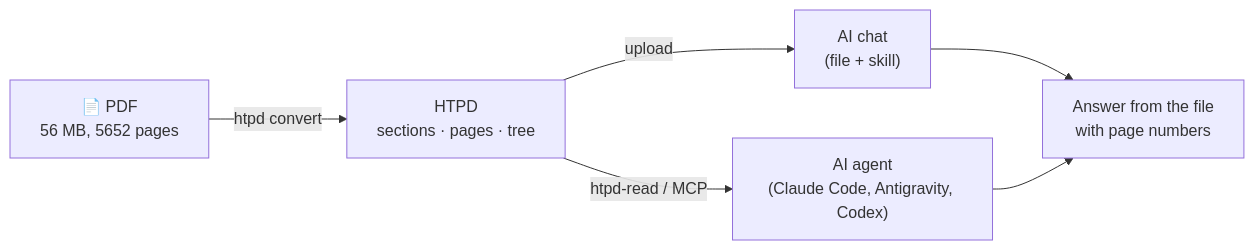
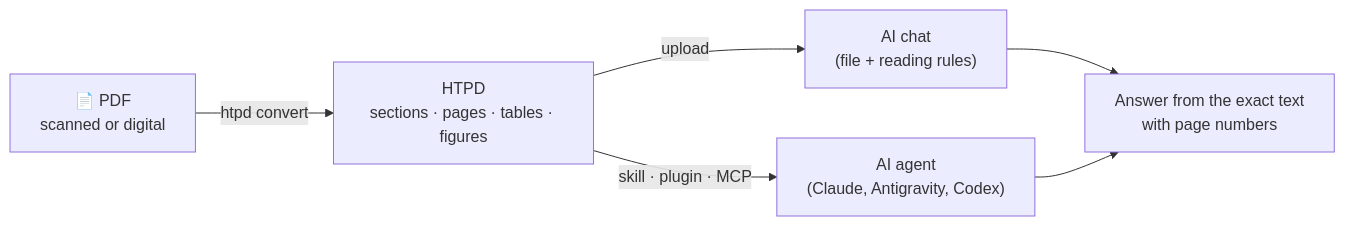
Before and after one commit to narendrachampaneri/htpd: the diagram in README.md, drawn with Mermaid. The commit also changed other lines of this file and 8 other files, not shown here.

First line of the commit message:
README rewritten for everyone: plain words first, four animations (how it works, convert, ask, figure), install in one minute, HTPD Studio link, positive feature cards

````diff
--- a/README.md
+++ b/README.md
@@ -58,8 +197,8 @@
 ```mermaid
 flowchart LR
-    PDF["📄 PDF<br/>56 MB, 5652 pages"] -->|htpd convert| H["HTPD<br/>sections · pages · tree"]
-    H -->|upload| CHAT["AI chat<br/>(file + skill)"]
-    H -->|htpd-read / MCP| AGENT["AI agent<br/>(Claude Code, Antigravity, Codex)"]
-    CHAT --> ANS["Answer from the file<br/>with page numbers"]
+    PDF["📄 PDF<br/>scanned or digital"] -->|htpd convert| H["HTPD<br/>sections · pages · tables · figures"]
+    H -->|upload| CHAT["AI chat<br/>(file + reading rules)"]
+    H -->|skill · plugin · MCP| AGENT["AI agent<br/>(Claude, Antigravity, Codex)"]
+    CHAT --> ANS["Answer from the exact text<br/>with page numbers"]
     AGENT --> ANS
 ```
````
